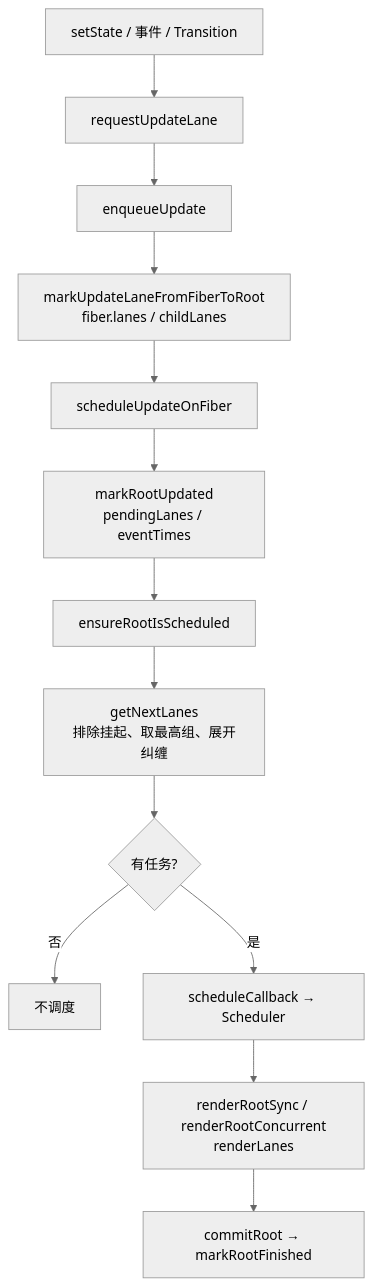
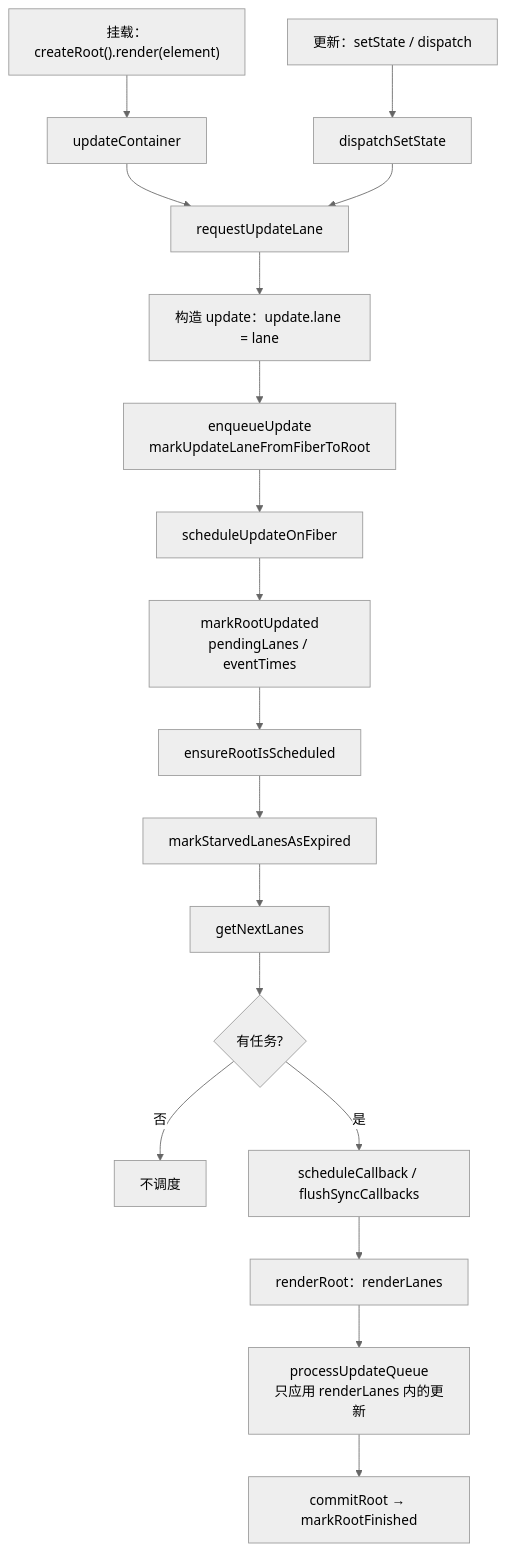
The diagram in apps/docs/frameworks/react/advanced/source-code/reconciler/laneModel.md (sentibeitaokong/CoreFront-EndConcepts), drawn with Mermaid (neutral theme) before and after one commit. The commit also changed other lines of this file and 3 other files, not shown here.

````diff
--- a/apps/docs/frameworks/react/advanced/source-code/reconciler/laneModel.md
+++ b/apps/docs/frameworks/react/advanced/source-code/reconciler/laneModel.md
@@ -547,15 +949,20 @@
 ```mermaid
 flowchart TD
-    A[setState / 事件 / Transition] --> B[requestUpdateLane]
-    B --> C[enqueueUpdate]
-    C --> D[markUpdateLaneFromFiberToRoot<br/>fiber.lanes / childLanes]
-    D --> E[scheduleUpdateOnFiber]
-    E --> F[markRootUpdated<br/>pendingLanes / eventTimes]
-    F --> G[ensureRootIsScheduled]
-    G --> H[getNextLanes<br/>排除挂起、取最高组、展开纠缠]
-    H --> I{有任务?}
-    I -->|否| J[不调度]
-    I -->|是| K[scheduleCallback → Scheduler]
-    K --> L[renderRootSync / renderRootConcurrent<br/>renderLanes]
-    L --> M[commitRoot → markRootFinished]
+    A["挂载：createRoot().render(element)"] --> C[updateContainer]
+    B["更新：setState / dispatch"] --> D[dispatchSetState]
+    C --> E[requestUpdateLane]
+    D --> E
+    E --> F["构造 update：update.lane = lane"]
+    F --> G[enqueueUpdate<br/>markUpdateLaneFromFiberToRoot]
+    G --> H[scheduleUpdateOnFiber]
+    H --> I[markRootUpdated<br/>pendingLanes / eventTimes]
+    I --> J[ensureRootIsScheduled]
+    J --> K[markStarvedLanesAsExpired]
+    K --> L[getNextLanes]
+    L --> M{有任务?}
+    M -->|否| N[不调度]
+    M -->|是| O[scheduleCallback / flushSyncCallbacks]
+    O --> P["renderRoot：renderLanes"]
+    P --> Q[processUpdateQueue<br/>只应用 renderLanes 内的更新]
+    Q --> R[commitRoot → markRootFinished]
 ```
````
